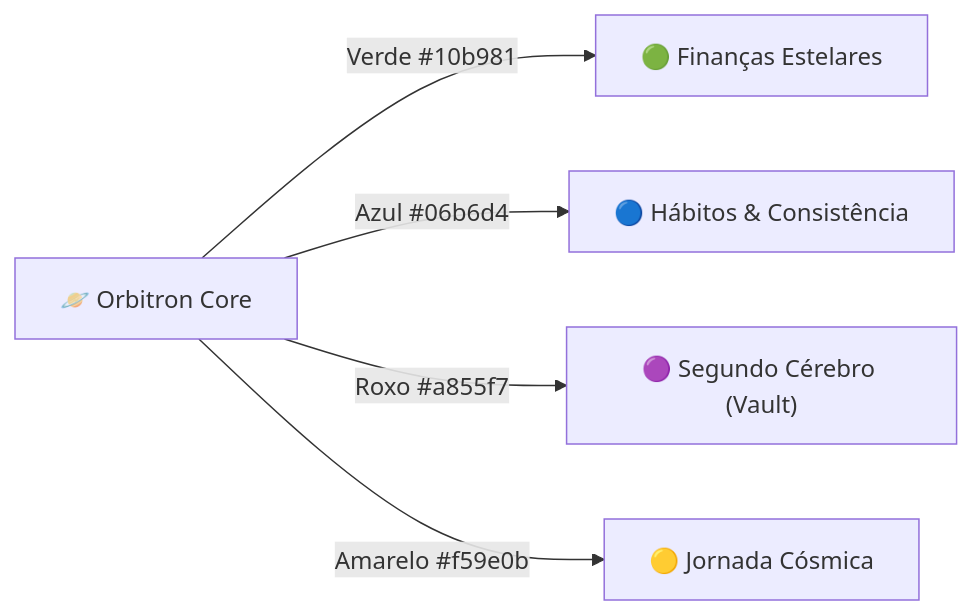
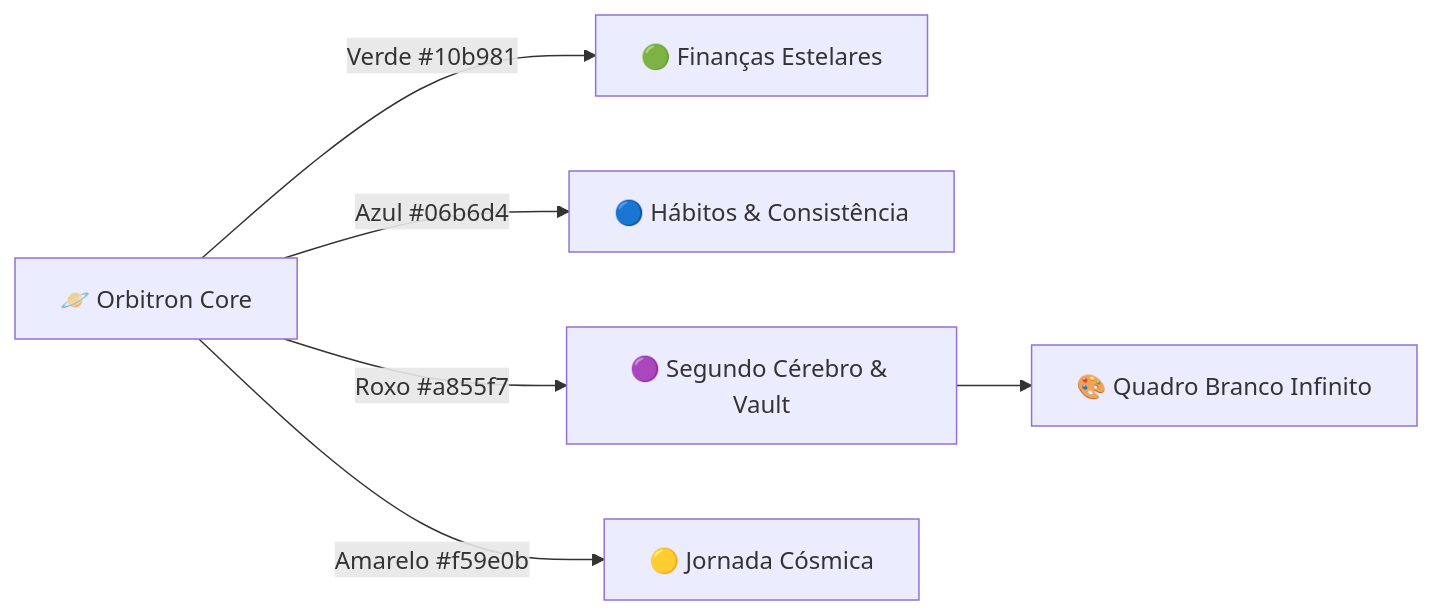
The diagram in README.md (SamuelFonsecaUp/orbitron), drawn with Mermaid before and after one commit. The commit also changed other lines of this file and 3 other files, not shown here.

````diff
--- a/README.md
+++ b/README.md
@@ -40,7 +68,8 @@
 ```mermaid
 flowchart LR
-    A["🪐 Orbitron Core"] -->|Verde #10b981| B["🟢 Finanças Estelares"]
-    A -->|Azul #06b6d4| C["🔵 Hábitos & Consistência"]
-    A -->|Roxo #a855f7| D["🟣 Segundo Cérebro (Vault)"]
-    A -->|Amarelo #f59e0b| E["🟡 Jornada Cósmica"]
+    Core["🪐 Orbitron Core"] -->|Verde #10b981| Fin["🟢 Finanças Estelares"]
+    Core -->|Azul #06b6d4| Hab["🔵 Hábitos & Consistência"]
+    Core -->|Roxo #a855f7| Vlt["🟣 Segundo Cérebro & Vault"]
+    Core -->|Amarelo #f59e0b| Jrn["🟡 Jornada Cósmica"]
+    Vlt --> Cnv["🎨 Quadro Branco Infinito"]
 ```
````
